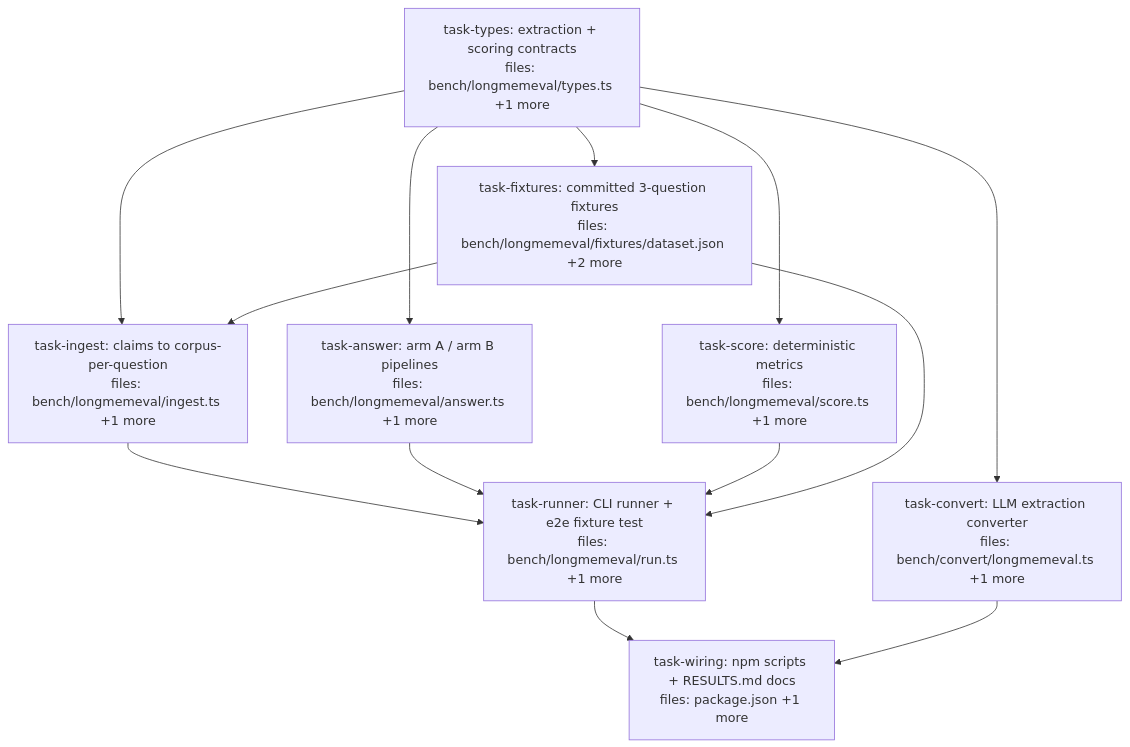
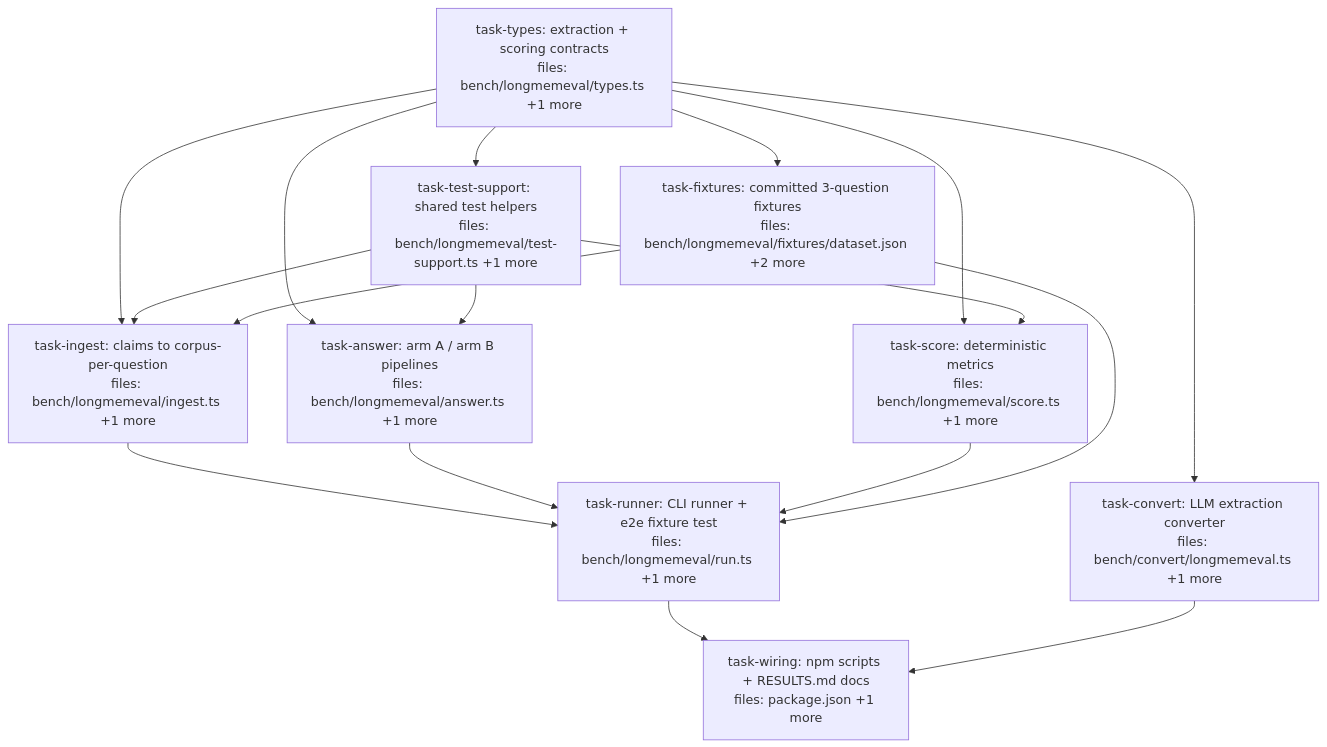
The diagram in docs/superpowers/plans/2026-06-05-longmemeval-bench-dag.md (BrettNye/Mneme), drawn with Mermaid before and after one commit. The commit also changed other lines of this file and 1 other file, not shown here.

First line of the commit message:
docs(plan,spec): apply audit fixes to LongMemEval bench plan

````diff
--- a/docs/superpowers/plans/2026-06-05-longmemeval-bench-dag.md
+++ b/docs/superpowers/plans/2026-06-05-longmemeval-bench-dag.md
@@ -6,30 +6,35 @@
 ```mermaid
 flowchart TD
     task-types["task-types: extraction + scoring contracts<br/>files: bench/longmemeval/types.ts +1 more"]
+    task-test-support["task-test-support: shared test helpers<br/>files: bench/longmemeval/test-support.ts +1 more"]
     task-convert["task-convert: LLM extraction converter<br/>files: bench/convert/longmemeval.ts +1 more"]
     task-fixtures["task-fixtures: committed 3-question fixtures<br/>files: bench/longmemeval/fixtures/dataset.json +2 more"]
     task-score["task-score: deterministic metrics<br/>files: bench/longmemeval/score.ts +1 more"]
     task-answer["task-answer: arm A / arm B pipelines<br/>files: bench/longmemeval/answer.ts +1 more"]
     task-ingest["task-ingest: claims to corpus-per-question<br/>files: bench/longmemeval/ingest.ts +1 more"]
     task-runner["task-runner: CLI runner + e2e fixture test<br/>files: bench/longmemeval/run.ts +1 more"]
     task-wiring["task-wiring: npm scripts + RESULTS.md docs<br/>files: package.json +1 more"]
 
+    task-types --> task-test-support
     task-types --> task-convert
     task-types --> task-fixtures
     task-types --> task-score
     task-types --> task-answer
     task-types --> task-ingest
+    task-test-support --> task-score
+    task-test-support --> task-answer
+    task-test-support --> task-ingest
     task-fixtures --> task-ingest
     task-ingest --> task-runner
     task-answer --> task-runner
     task-score --> task-runner
     task-fixtures --> task-runner
     task-runner --> task-wiring
     task-convert --> task-wiring
 
     classDef done fill:#90ee90,stroke:#333
     classDef ready fill:#fffacd,stroke:#333
     classDef running fill:#87ceeb,stroke:#333
     classDef failed fill:#ffb6c1,stroke:#333
     classDef skipped fill:#d3d3d3,stroke:#333,stroke-dasharray: 5 5
 ```
````
